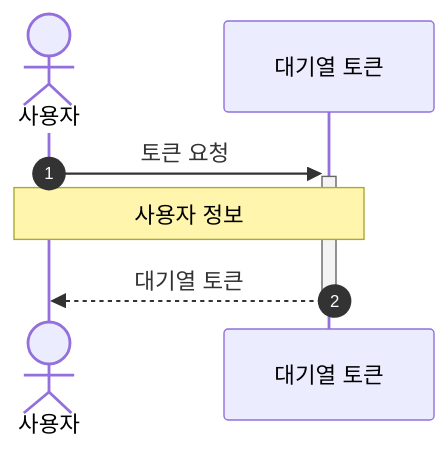
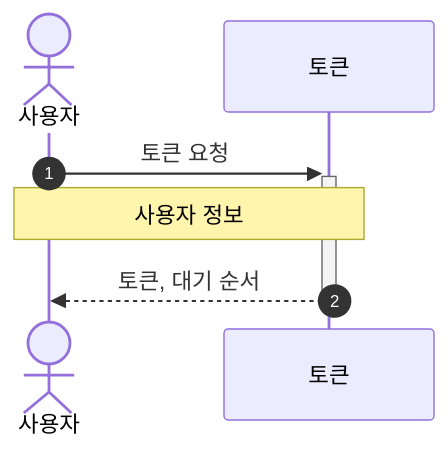
Before and after one commit to YoungWonBackendStudy/HHPlus-Concert-Reservation: the first of 13 diagrams in README.md, drawn with Mermaid. The commit also changed other lines of this file, not shown here.

````diff
--- a/README.md
+++ b/README.md
@@ -4,8 +4,8 @@
 ```mermaid
 sequenceDiagram
     autonumber
     actor 사용자
-    사용자 ->>+ 대기열 토큰: 토큰 요청
-    Note over 사용자, 대기열 토큰: 사용자 정보
-    대기열 토큰 -->>- 사용자: 대기열 토큰
+    사용자 ->>+ 토큰: 토큰 요청
+    Note over 사용자, 토큰: 사용자 정보
+    토큰 -->>- 사용자: 토큰, 대기 순서
 ```
````
